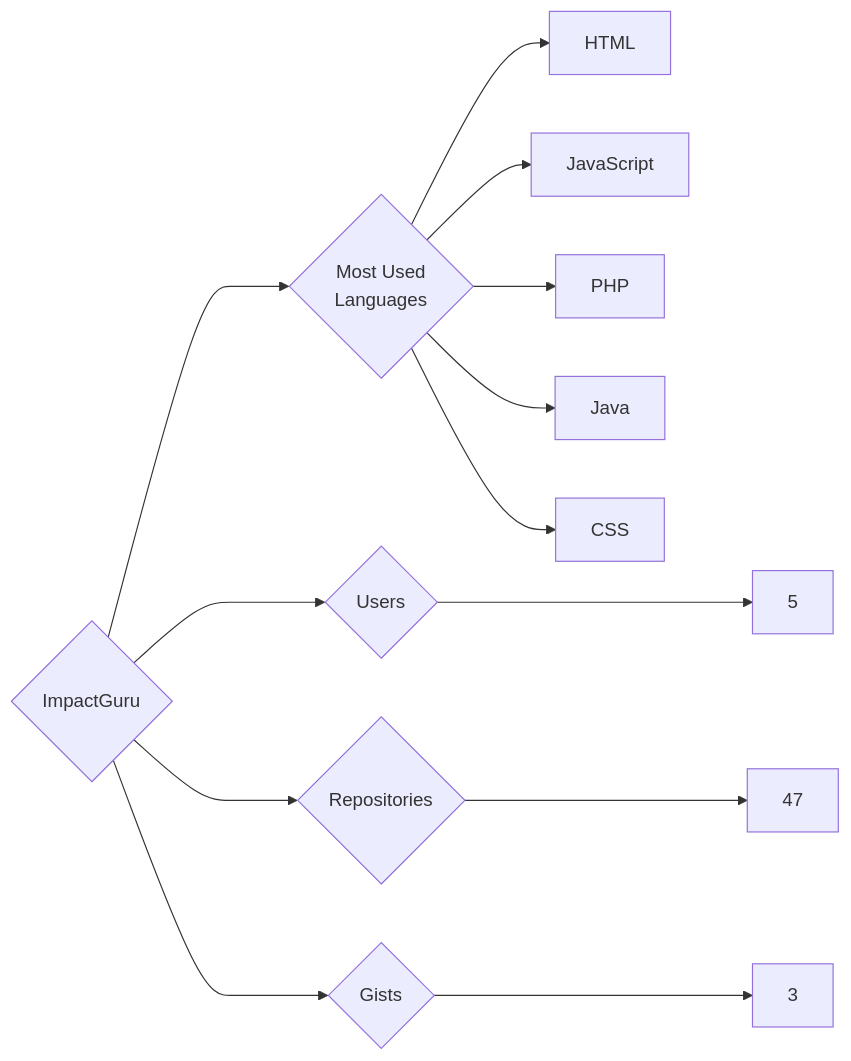
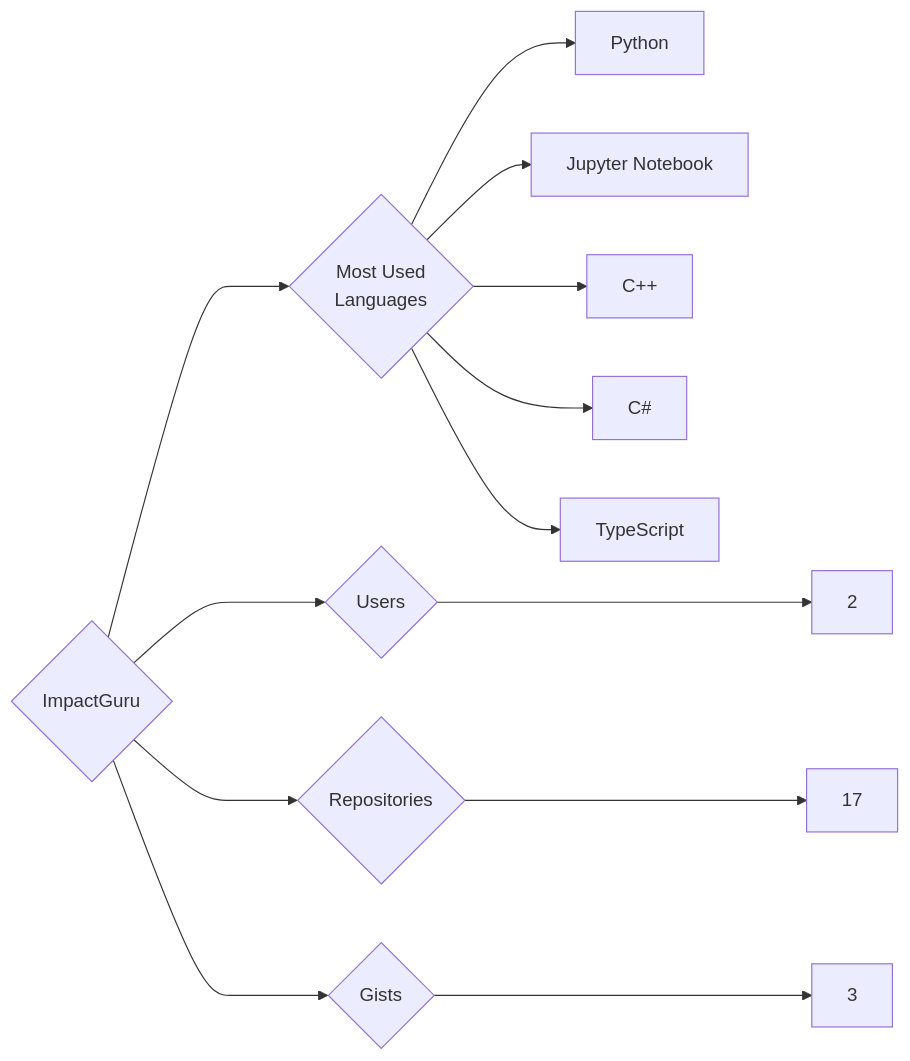
Before and after one commit to trickest/insiders: the diagram in targets/ImpactGuru/README.md, drawn with Mermaid. The commit also changed 679 other files, not shown here.

````diff
--- a/targets/ImpactGuru/README.md
+++ b/targets/ImpactGuru/README.md
@@ -3,13 +3,13 @@
 ```mermaid
 graph LR
 COMPANY_NAME{ImpactGuru}
-COMPANY_NAME ---> U{Users} ---> UN[5]
-COMPANY_NAME ---> R{Repositories} ---> RN[47]
+COMPANY_NAME ---> U{Users} ---> UN[2]
+COMPANY_NAME ---> R{Repositories} ---> RN[17]
 COMPANY_NAME ---> G{Gists} ---> GN[3]
 COMPANY_NAME ---> ML{Most Used<br>Languages}
-ML --> HTML[HTML]
-ML --> JavaScript[JavaScript]
-ML --> PHP[PHP]
-ML --> Java[Java]
-ML --> CSS[CSS]
+ML --> Python[Python]
+ML --> Jupyter_Notebook[Jupyter Notebook]
+ML --> C++[C++]
+ML --> C#[C#]
+ML --> TypeScript[TypeScript]
 ```
````
